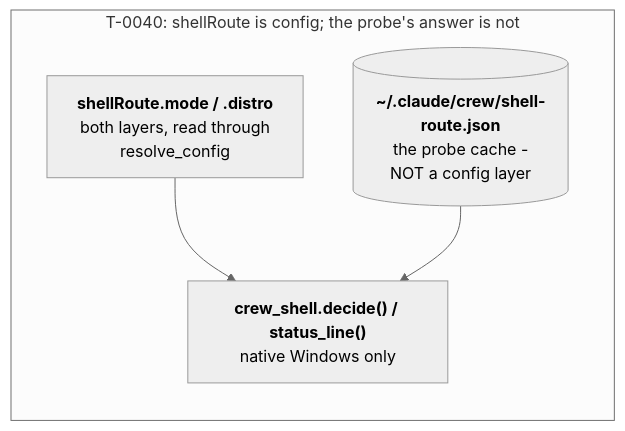
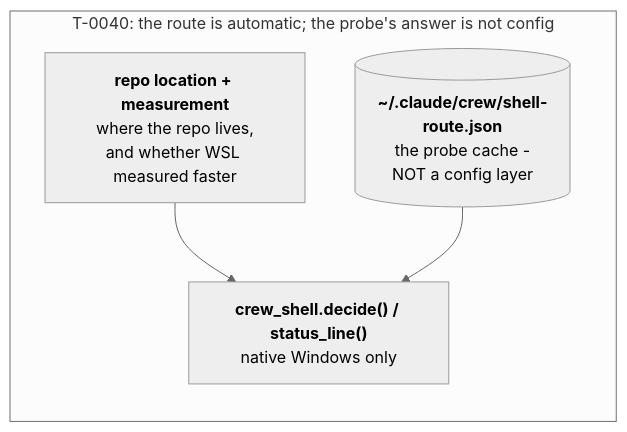
The seventh of 38 diagrams in docs/diagrams/README.md (mbadali25/useful-claude-add-ons), drawn with Mermaid (neutral theme) before and after one commit. The commit also changed other lines of this file and 98 other files, not shown here.

Commit message:
L-0725: docs sweep, rebuilt guides and diagrams, test fixes, migrate.md within budget

````diff
--- a/docs/diagrams/README.md
+++ b/docs/diagrams/README.md
@@ -355,12 +368,12 @@
 ```mermaid
 flowchart LR
 
-    subgraph ShellRoute["T-0040: shellRoute is config; the probe's answer is not"]
+    subgraph ShellRoute["T-0040: the route is automatic; the probe's answer is not config"]
         direction TB
-        SR["<b>shellRoute.mode / .distro</b><br/>both layers, read through<br/>resolve_config"]
+        SR["<b>repo location + measurement</b><br/>where the repo lives,<br/>and whether WSL measured faster"]
         SRC[("<b>~/.claude/crew/shell-route.json</b><br/>the probe cache -<br/>NOT a config layer")]
         SRD["<b>crew_shell.decide() / status_line()</b><br/>native Windows only"]
         SR --> SRD
         SRC --> SRD
     end
 ```
````
